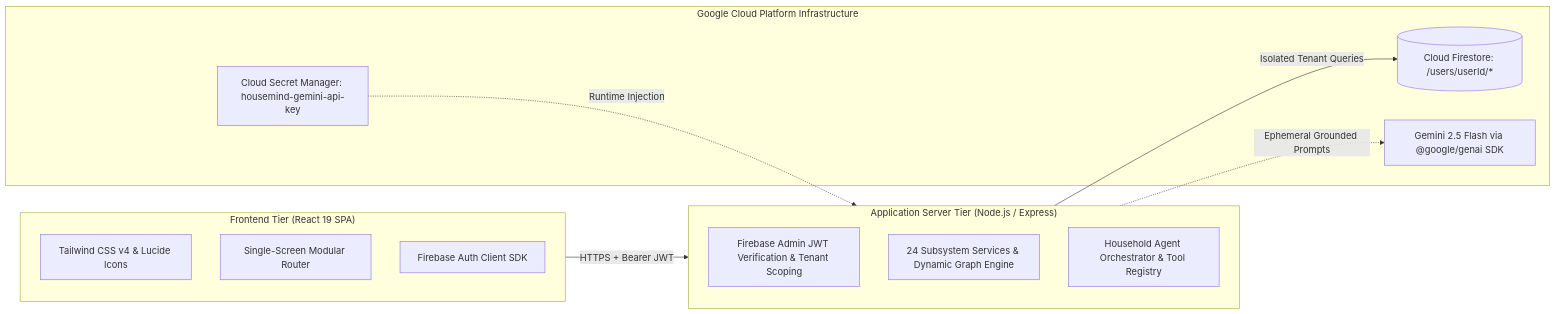
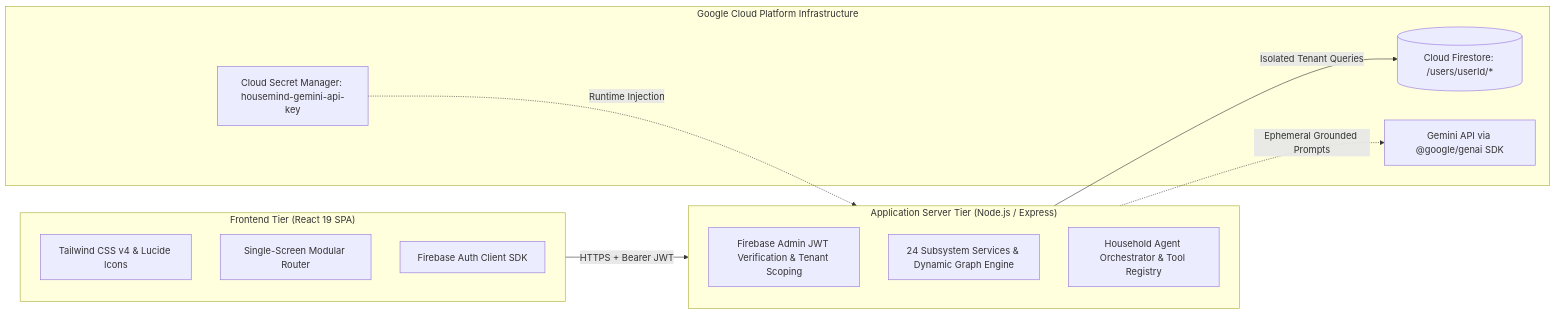
Before and after one commit to DEVDESAGAR1/housemind: the diagram in README.md, drawn with Mermaid. The commit also changed other lines of this file and 17 other files, not shown here.

````diff
--- a/README.md
+++ b/README.md
@@ -113,25 +169,25 @@
 ```mermaid
 flowchart LR
     subgraph Client["Frontend Tier (React 19 SPA)"]
         UI[Tailwind CSS v4 & Lucide Icons]
         Router[Single-Screen Modular Router]
         AuthSDK[Firebase Auth Client SDK]
     end
 
     subgraph Server["Application Server Tier (Node.js / Express)"]
         AuthMid[Firebase Admin JWT Verification & Tenant Scoping]
         DomainSvc[24 Subsystem Services & Dynamic Graph Engine]
         AgentOrch[Household Agent Orchestrator & Tool Registry]
     end
 
     subgraph Cloud["Google Cloud Platform Infrastructure"]
         Firestore[(Cloud Firestore: /users/userId/*)]
         SecretMgr[Cloud Secret Manager: housemind-gemini-api-key]
-        GeminiAPI[Gemini 2.5 Flash via @google/genai SDK]
+        GeminiAPI[Gemini API via @google/genai SDK]
     end
 
     Client -->|HTTPS + Bearer JWT| Server
     Server -->|Isolated Tenant Queries| Firestore
     Server -.->|Ephemeral Grounded Prompts| GeminiAPI
     SecretMgr -.->|Runtime Injection| Server
 ```
````
